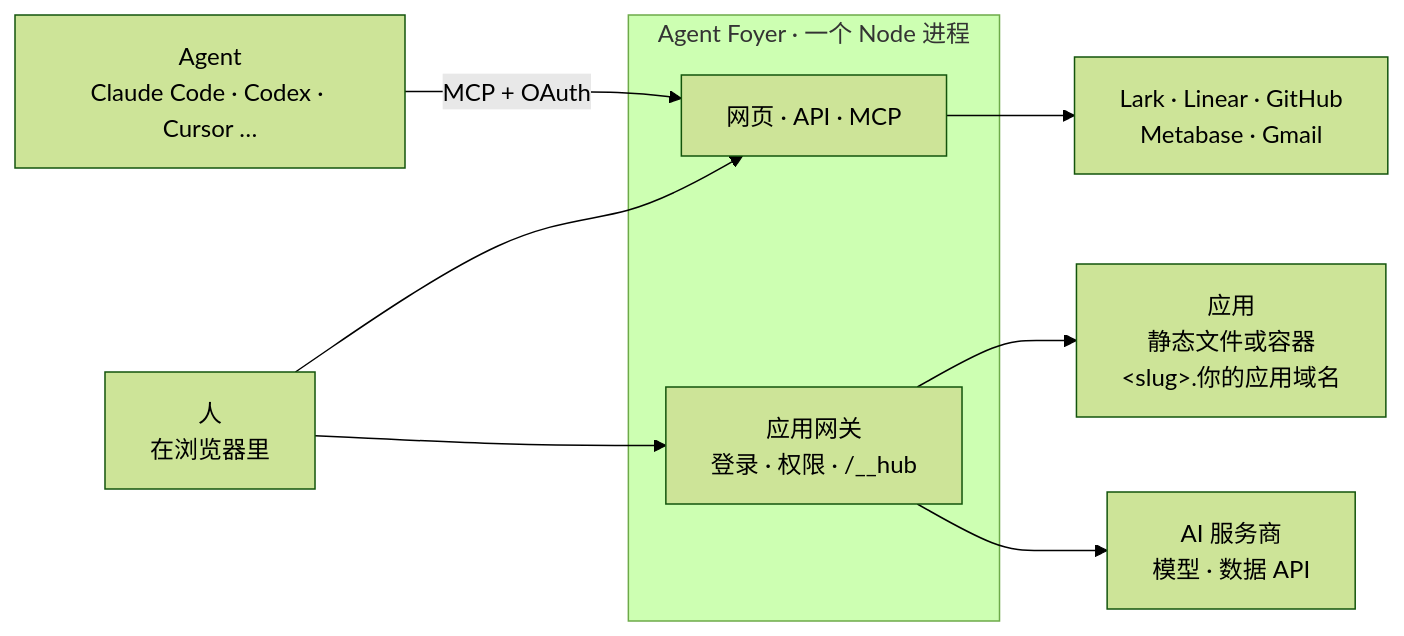
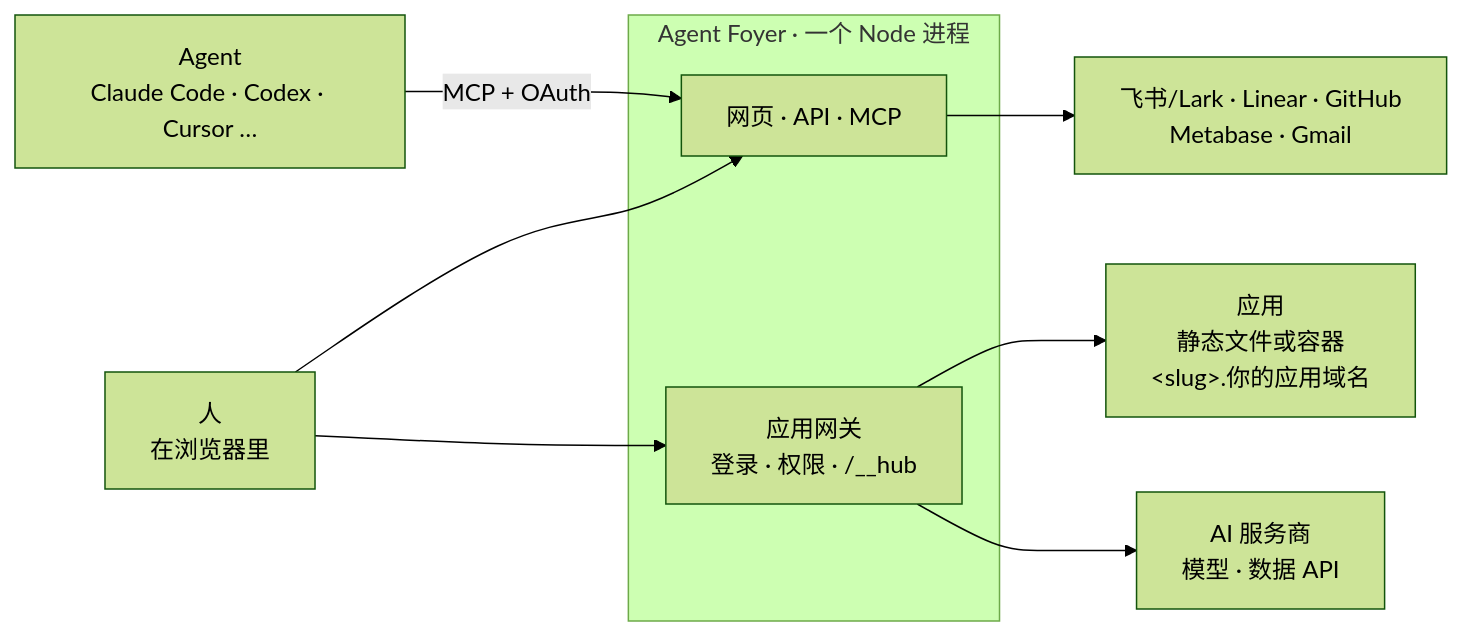
One commit to AIsa-team/agent-foyer changed the diagram in README.zh-CN.md. Above: the diagram before and after it, drawn with Mermaid (forest theme). The commit also changed other lines of this file and 1 other file, not shown here.

First line of the commit message:
README: natural Chinese, a content example, Feishu/Lark

````diff
--- a/README.zh-CN.md
+++ b/README.zh-CN.md
@@ -99,13 +105,13 @@
 ```mermaid
 flowchart LR
   agents["Agent<br/>Claude Code · Codex · Cursor …"] -- "MCP + OAuth" --> hub
   people["人<br/>在浏览器里"] --> hub
   people --> gateway
   subgraph foyer["Agent Foyer · 一个 Node 进程"]
     hub["网页 · API · MCP"]
     gateway["应用网关<br/>登录 · 权限 · /__hub"]
   end
   gateway --> apps["应用<br/>静态文件或容器<br/>&lt;slug&gt;.你的应用域名"]
-  hub --> tools["Lark · Linear · GitHub<br/>Metabase · Gmail"]
+  hub --> tools["飞书/Lark · Linear · GitHub<br/>Metabase · Gmail"]
   gateway --> ai["AI 服务商<br/>模型 · 数据 API"]
 ```
````
